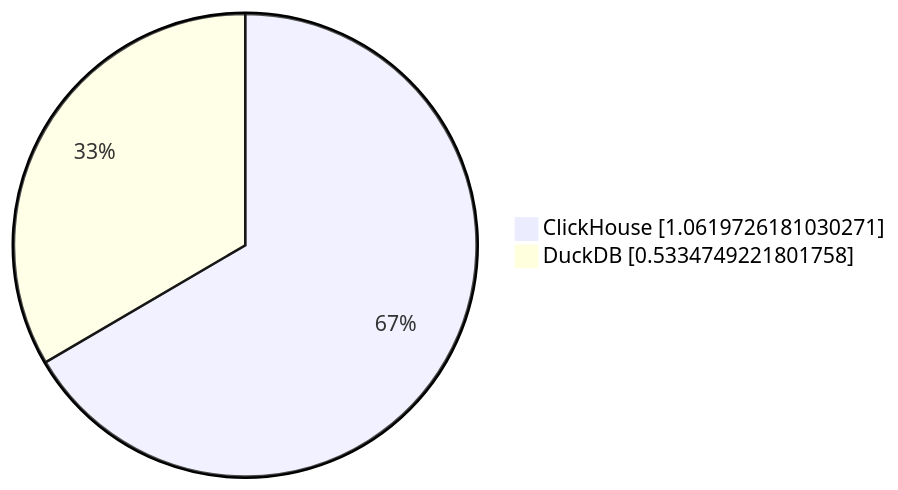
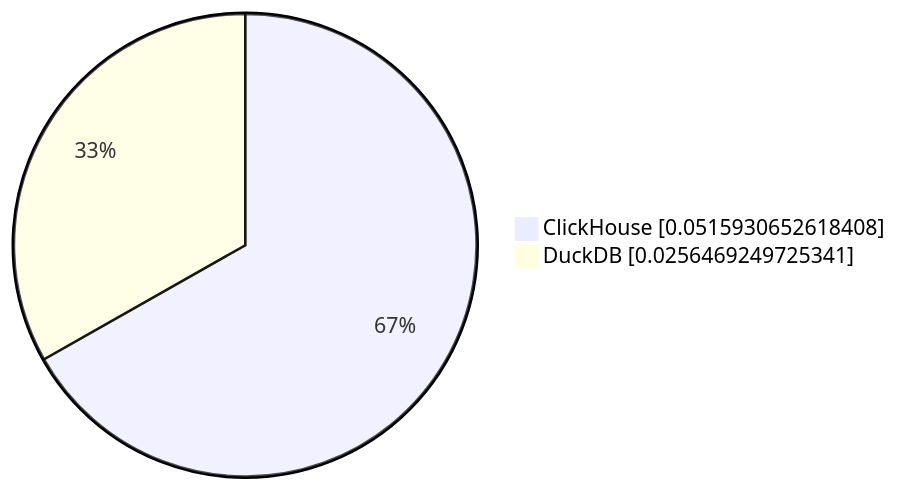
One commit to Altinity/clickhouse-regression changed the seventh of 10 diagrams in parquet/performance/results/README.md. Above: the diagram before and after it, drawn with Mermaid. The commit also changed other lines of this file, not shown here.

````diff
--- a/parquet/performance/results/README.md
+++ b/parquet/performance/results/README.md
@@ -70,5 +70,5 @@
 ```mermaid
      pie showData
-         "ClickHouse" : 1.0619726181030271
-         "DuckDB" : 0.5334749221801758
+         "ClickHouse" : 0.0515930652618408
+         "DuckDB" : 0.0256469249725341
 ```
````
